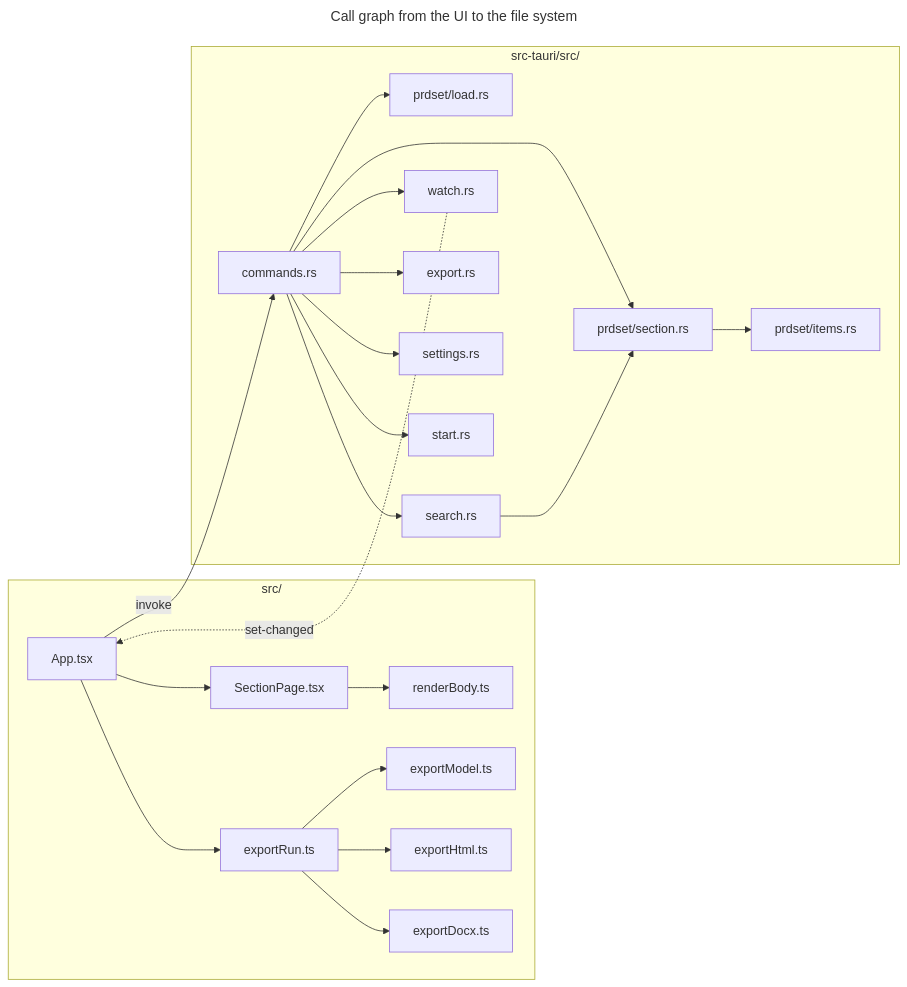
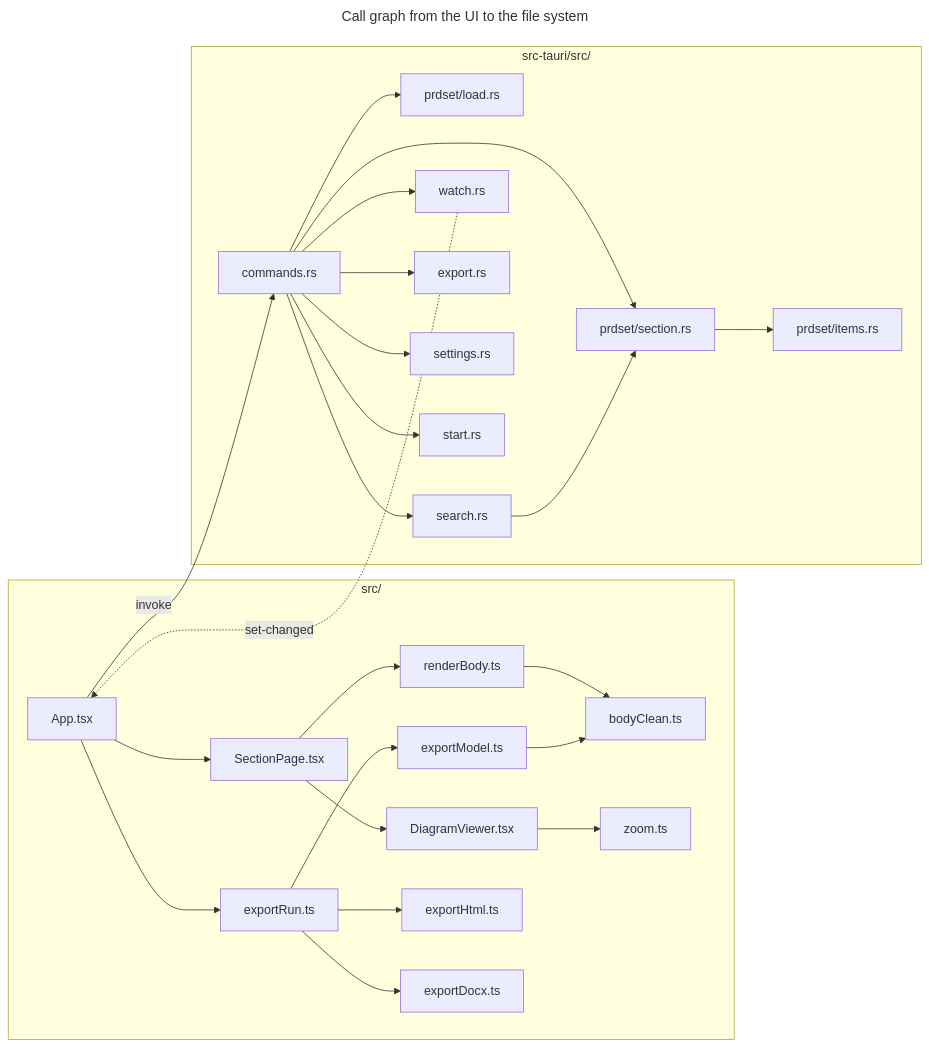
The diagram in docs/designs/current_code_walkthrough.md (SpillwaveSolutions/prd-forge-viewer), drawn with Mermaid before and after one commit. The commit also changed other lines of this file and 8 other files, not shown here.

````diff
--- a/docs/designs/current_code_walkthrough.md
+++ b/docs/designs/current_code_walkthrough.md
@@ -54,39 +59,43 @@
 ```mermaid
 ---
 title: Call graph from the UI to the file system
 ---
 flowchart LR
     subgraph ui[src/]
         App[App.tsx]
         SP[SectionPage.tsx]
         RB[renderBody.ts]
+        BC[bodyClean.ts]
+        DV[DiagramViewer.tsx]
+        Z[zoom.ts]
         ER[exportRun.ts]
         EM[exportModel.ts]
         EH[exportHtml.ts]
         ED[exportDocx.ts]
     end
     subgraph rs[src-tauri/src/]
         C[commands.rs]
         L[prdset/load.rs]
         S[prdset/section.rs]
         I[prdset/items.rs]
         Q[search.rs]
         W[watch.rs]
         X[export.rs]
         ST[settings.rs]
         SV[start.rs]
     end
     App -->|invoke| C
-    App --> SP --> RB
-    App --> ER --> EM
+    App --> SP --> RB --> BC
+    SP --> DV --> Z
+    App --> ER --> EM --> BC
     ER --> EH
     ER --> ED
     C --> L
     C --> S --> I
     C --> Q --> S
     C --> W
     C --> X
     C --> ST
     C --> SV
     W -.->|set-changed| App
 ```
````
